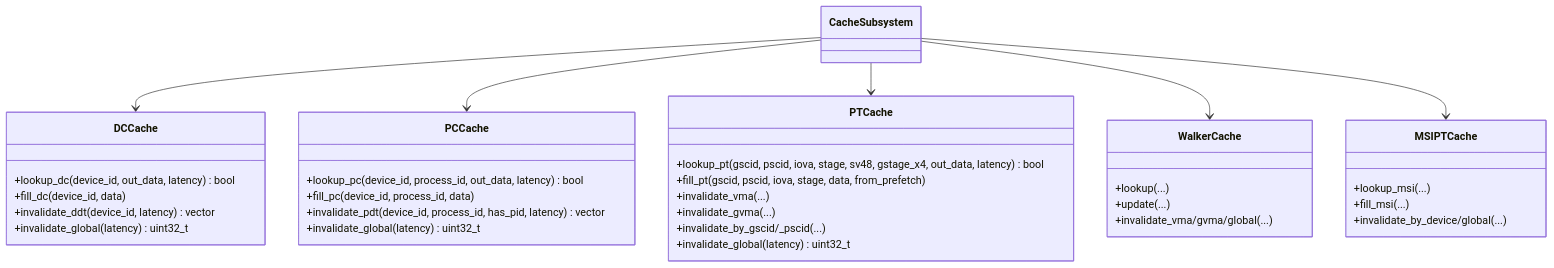
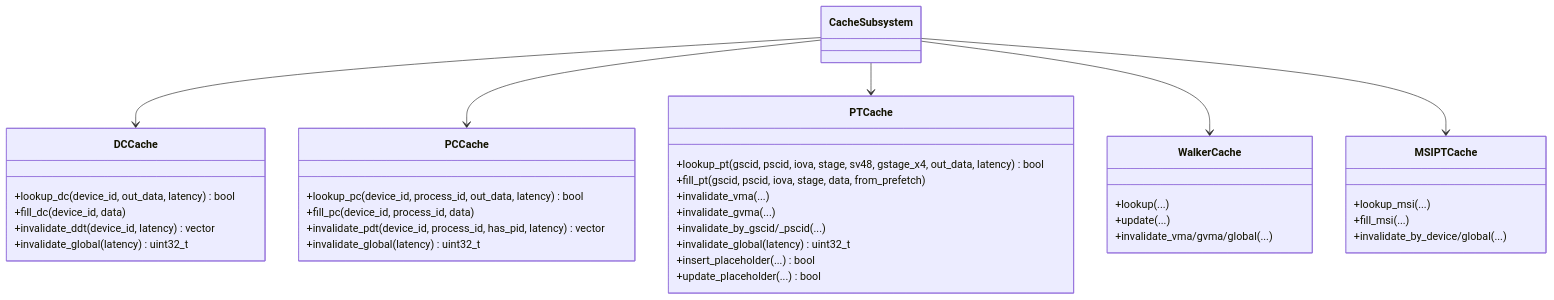
The fourth of 8 diagrams in .qoder/repowiki/zh/content/缓存系统架构/缓存子系统概览.md (jiangjiang1122/iommu_model_20260401_v1), drawn with Mermaid before and after one commit. The commit also changed other lines of this file and 22 other files, not shown here.

````diff
--- a/.qoder/repowiki/zh/content/缓存系统架构/缓存子系统概览.md
+++ b/.qoder/repowiki/zh/content/缓存系统架构/缓存子系统概览.md
@@ -215,38 +242,40 @@
 ```mermaid
 classDiagram
 class DCCache {
 +lookup_dc(device_id, out_data, latency) bool
 +fill_dc(device_id, data)
 +invalidate_ddt(device_id, latency) vector
 +invalidate_global(latency) uint32_t
 }
 class PCCache {
 +lookup_pc(device_id, process_id, out_data, latency) bool
 +fill_pc(device_id, process_id, data)
 +invalidate_pdt(device_id, process_id, has_pid, latency) vector
 +invalidate_global(latency) uint32_t
 }
 class PTCache {
 +lookup_pt(gscid, pscid, iova, stage, sv48, gstage_x4, out_data, latency) bool
 +fill_pt(gscid, pscid, iova, stage, data, from_prefetch)
 +invalidate_vma(...)
 +invalidate_gvma(...)
 +invalidate_by_gscid/_pscid(...)
 +invalidate_global(latency) uint32_t
++insert_placeholder(...) bool
++update_placeholder(...) bool
 }
 class WalkerCache {
 +lookup(...)
 +update(...)
 +invalidate_vma/gvma/global(...)
 }
 class MSIPTCache {
 +lookup_msi(...)
 +fill_msi(...)
 +invalidate_by_device/global(...)
 }
 CacheSubsystem --> DCCache
 CacheSubsystem --> PCCache
 CacheSubsystem --> PTCache
 CacheSubsystem --> WalkerCache
 CacheSubsystem --> MSIPTCache
 ```
````
